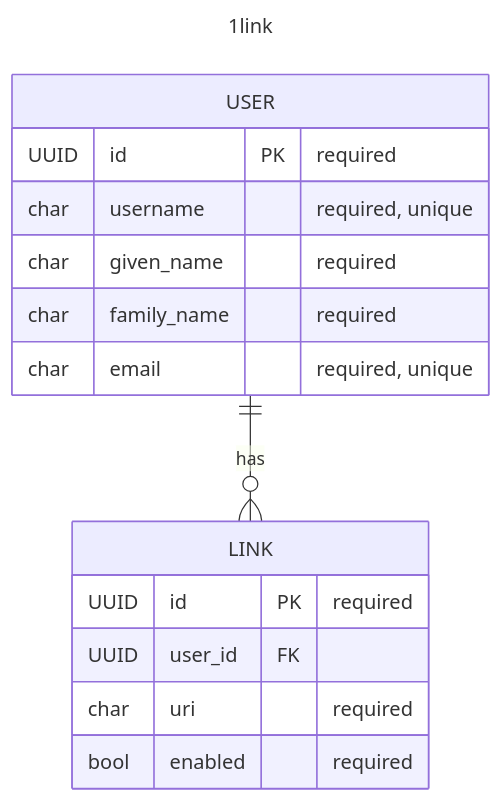
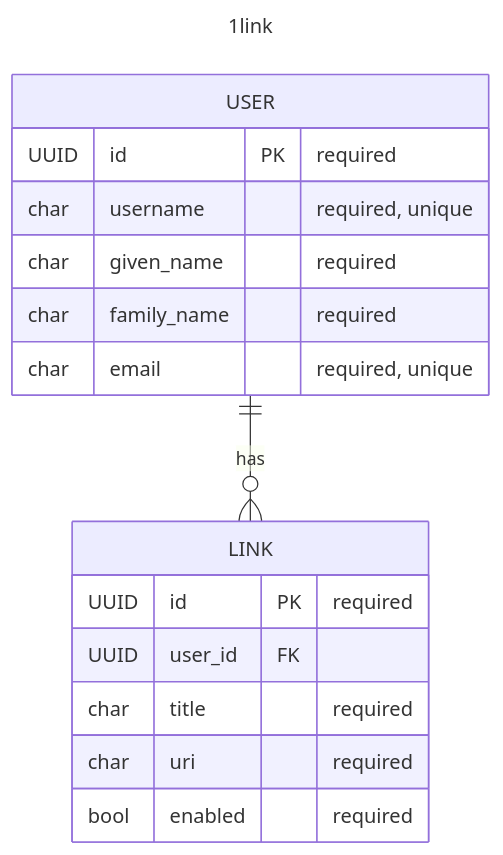
Before and after one commit to eisukeesaki/1link: the diagram in data/diagrams/ERD.mmd, drawn with Mermaid. The commit also changed 3 other files, not shown here.

```diff
--- a/data/diagrams/ERD.mmd
+++ b/data/diagrams/ERD.mmd
@@ -1,18 +1,19 @@
 ---
 title: 1link
 ---
 erDiagram
     USER ||--o{ LINK: "has"
     USER {
         UUID id PK "required"
         char username "required, unique"
         char given_name "required"
         char family_name "required"
         char email "required, unique"
     }
     LINK {
         UUID id PK "required"
         UUID user_id FK
+        char title "required"
         char uri "required"
         bool enabled "required"
     }
```
